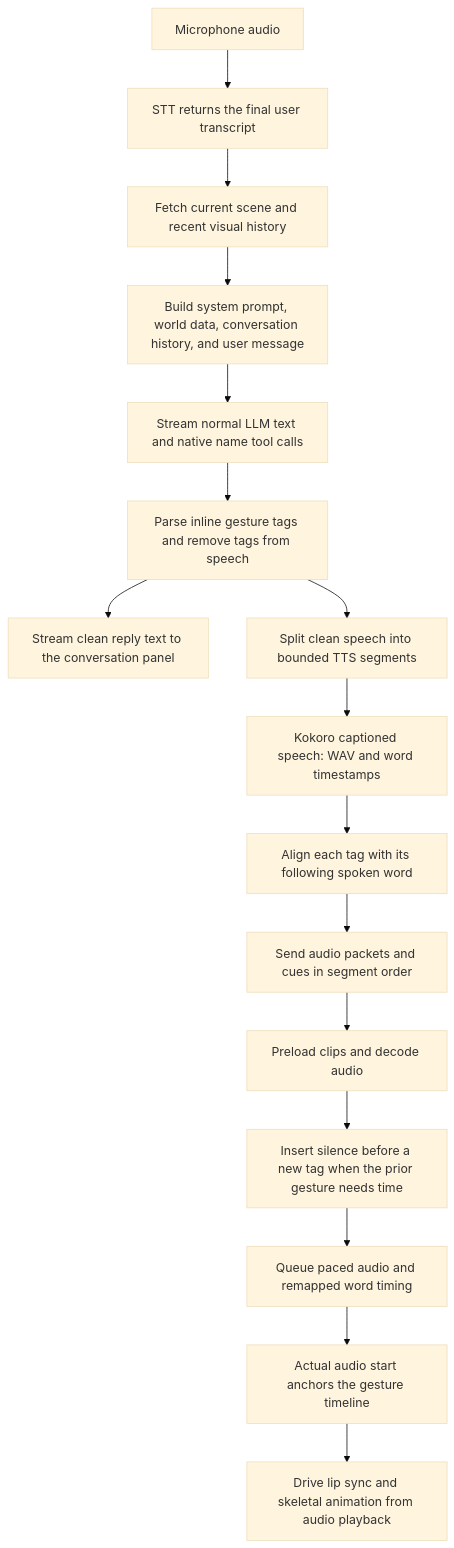
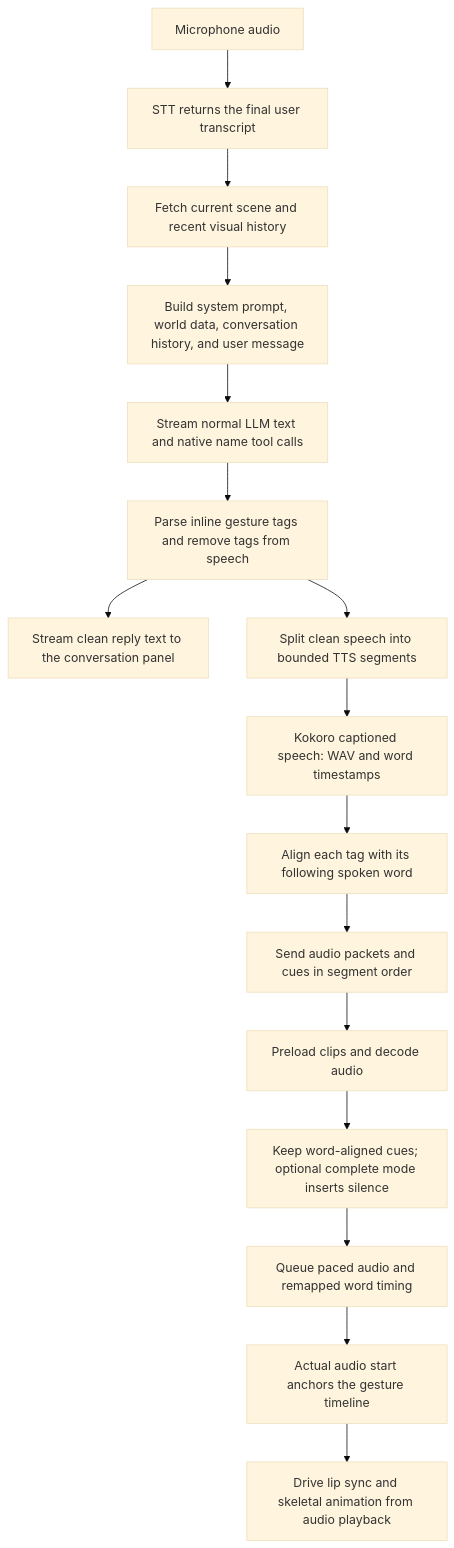
One commit to Dhanush-S-Gowda/virtual-human changed the first of 4 diagrams in docs/audio-gesture-synchronization.md. Above: the diagram before and after it, drawn with Mermaid (base theme). The commit also changed other lines of this file and 40 other files, not shown here.

````diff
--- a/docs/audio-gesture-synchronization.md
+++ b/docs/audio-gesture-synchronization.md
@@ -9,18 +9,18 @@
 ```mermaid
 flowchart TD
     microphone["Microphone audio"] --> stt["STT returns the final user transcript"]
     stt --> world["Fetch current scene and recent visual history"]
     world --> messages["Build system prompt, world data, conversation history, and user message"]
     messages --> llm["Stream normal LLM text and native name tool calls"]
     llm --> parser["Parse inline gesture tags and remove tags from speech"]
     parser --> display["Stream clean reply text to the conversation panel"]
     parser --> segments["Split clean speech into bounded TTS segments"]
     segments --> kokoro["Kokoro captioned speech: WAV and word timestamps"]
     kokoro --> alignment["Align each tag with its following spoken word"]
     alignment --> ordered["Send audio packets and cues in segment order"]
     ordered --> browser["Preload clips and decode audio"]
-    browser --> pacing["Insert silence before a new tag when the prior gesture needs time"]
+    browser --> pacing["Keep word-aligned cues; optional complete mode inserts silence"]
     pacing --> playlist["Queue paced audio and remapped word timing"]
     playlist --> clock["Actual audio start anchors the gesture timeline"]
     clock --> render["Drive lip sync and skeletal animation from audio playback"]
 ```
````
